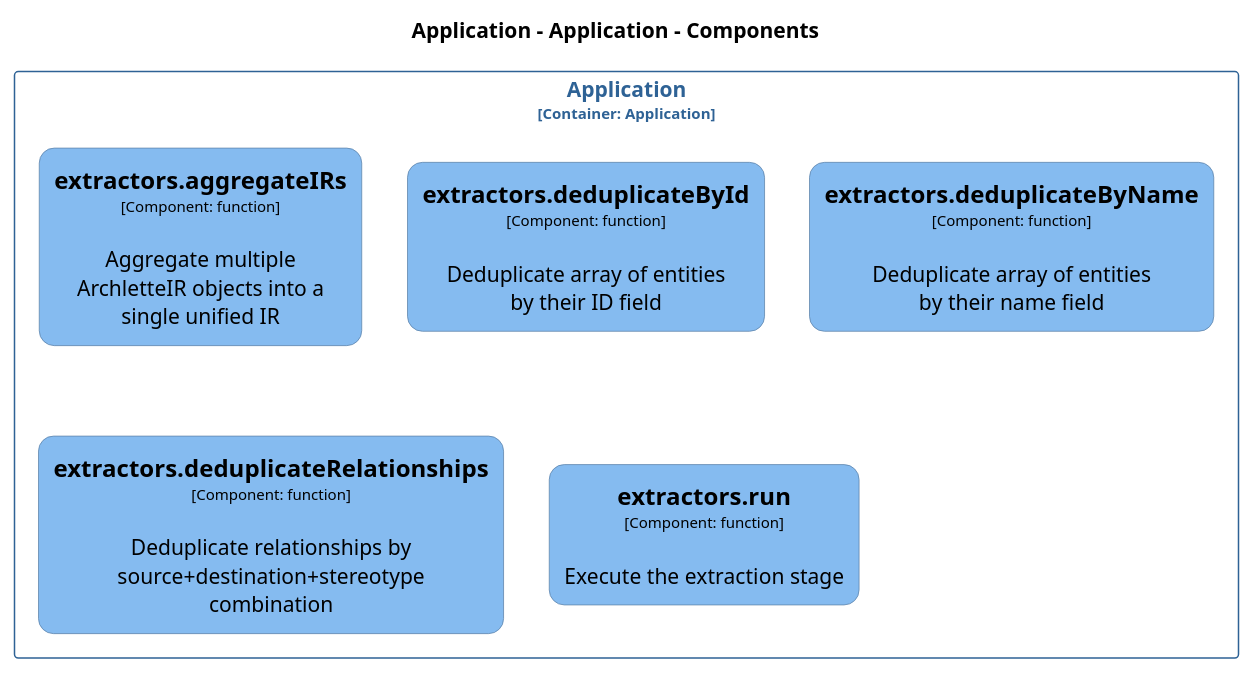
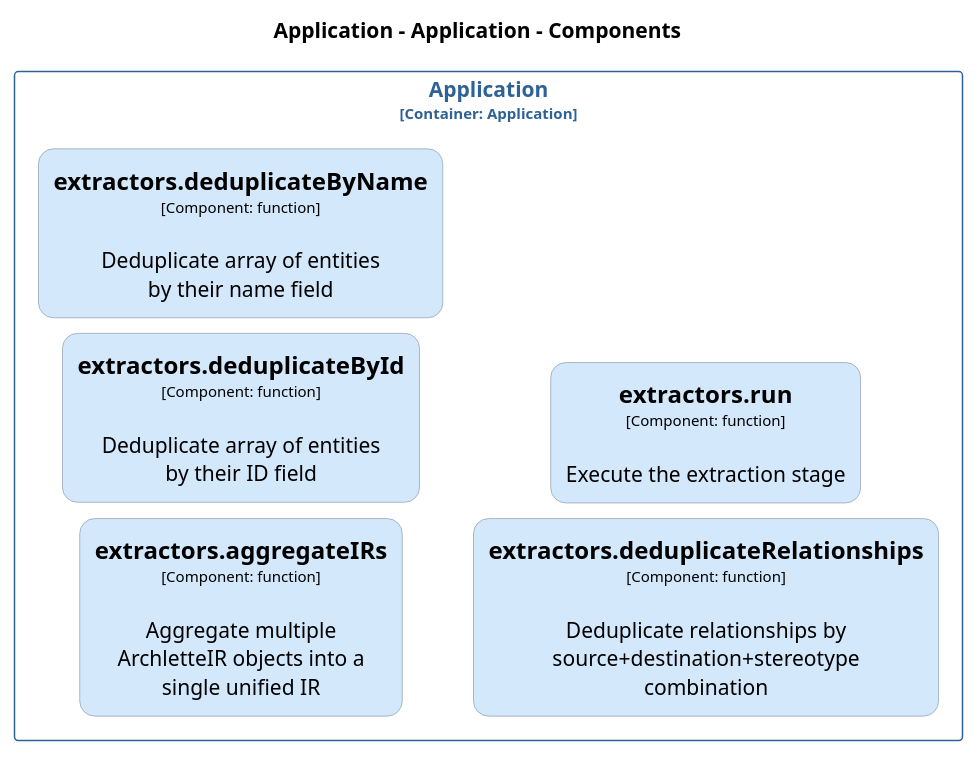
The diagram in docs/architecture/diagrams/plantuml/structurizr-Classes_default_container__extractors.puml (chrislyons-dev/archlette), drawn with PlantUML before and after one commit. The commit also changed 87 other files, not shown here.

```diff
--- a/docs/architecture/diagrams/plantuml/structurizr-Classes_default_container__extractors.puml
+++ b/docs/architecture/diagrams/plantuml/structurizr-Classes_default_container__extractors.puml
@@ -1,68 +1,68 @@
 @startuml
 set separator none
 title Application - Application - Components
 
-top to bottom direction
-skinparam ranksep 60
-skinparam nodesep 30
+left to right direction
+skinparam ranksep 20
+skinparam nodesep 10
 
 skinparam {
   arrowFontSize 10
   defaultTextAlignment center
   wrapWidth 200
   maxMessageSize 100
   defaultFontName "Arial"
 }
 
 hide stereotype
 
 skinparam rectangle<<Application.Application.extractorsaggregateIRs>> {
-  BackgroundColor #85bbf0
+  BackgroundColor #d4e8fc
   FontColor #000000
-  BorderColor #5d82a8
+  BorderColor #94a2b0
   roundCorner 20
   shadowing false
 }
 skinparam rectangle<<Application.Application.extractorsdeduplicateById>> {
-  BackgroundColor #85bbf0
+  BackgroundColor #d4e8fc
   FontColor #000000
-  BorderColor #5d82a8
+  BorderColor #94a2b0
   roundCorner 20
   shadowing false
 }
 skinparam rectangle<<Application.Application.extractorsdeduplicateByName>> {
-  BackgroundColor #85bbf0
+  BackgroundColor #d4e8fc
   FontColor #000000
-  BorderColor #5d82a8
+  BorderColor #94a2b0
   roundCorner 20
   shadowing false
 }
 skinparam rectangle<<Application.Application.extractorsdeduplicateRelationships>> {
-  BackgroundColor #85bbf0
+  BackgroundColor #d4e8fc
   FontColor #000000
-  BorderColor #5d82a8
+  BorderColor #94a2b0
   roundCorner 20
   shadowing false
 }
 skinparam rectangle<<Application.Application.extractorsrun>> {
-  BackgroundColor #85bbf0
+  BackgroundColor #d4e8fc
   FontColor #000000
-  BorderColor #5d82a8
+  BorderColor #94a2b0
   roundCorner 20
   shadowing false
 }
 skinparam rectangle<<Application.Application>> {
   BorderColor #2e6295
   FontColor #2e6295
   shadowing false
 }
 
 rectangle "Application\n<size:10>[Container: Application]</size>" <<Application.Application>> {
   rectangle "==extractors.aggregateIRs\n<size:10>[Component: function]</size>\n\nAggregate multiple ArchletteIR objects into a single unified IR" <<Application.Application.extractorsaggregateIRs>> as Application.Application.extractorsaggregateIRs
   rectangle "==extractors.deduplicateById\n<size:10>[Component: function]</size>\n\nDeduplicate array of entities by their ID field" <<Application.Application.extractorsdeduplicateById>> as Application.Application.extractorsdeduplicateById
   rectangle "==extractors.deduplicateByName\n<size:10>[Component: function]</size>\n\nDeduplicate array of entities by their name field" <<Application.Application.extractorsdeduplicateByName>> as Application.Application.extractorsdeduplicateByName
   rectangle "==extractors.deduplicateRelationships\n<size:10>[Component: function]</size>\n\nDeduplicate relationships by source+destination+stereotype combination" <<Application.Application.extractorsdeduplicateRelationships>> as Application.Application.extractorsdeduplicateRelationships
   rectangle "==extractors.run\n<size:10>[Component: function]</size>\n\nExecute the extraction stage" <<Application.Application.extractorsrun>> as Application.Application.extractorsrun
 }
 
 @enduml
```
